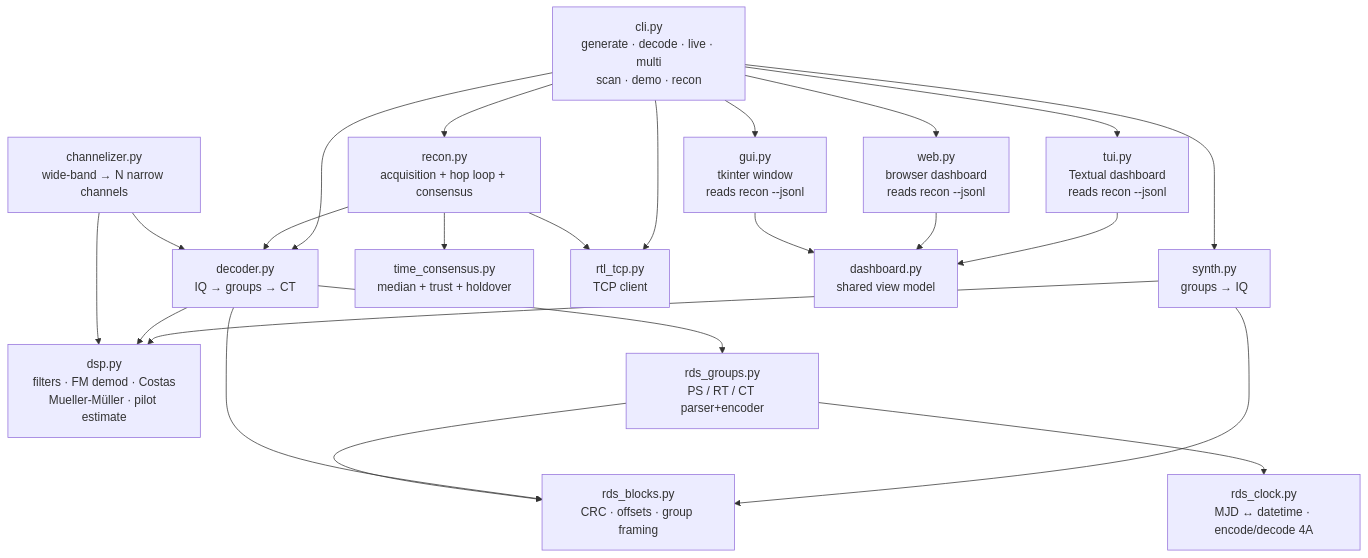
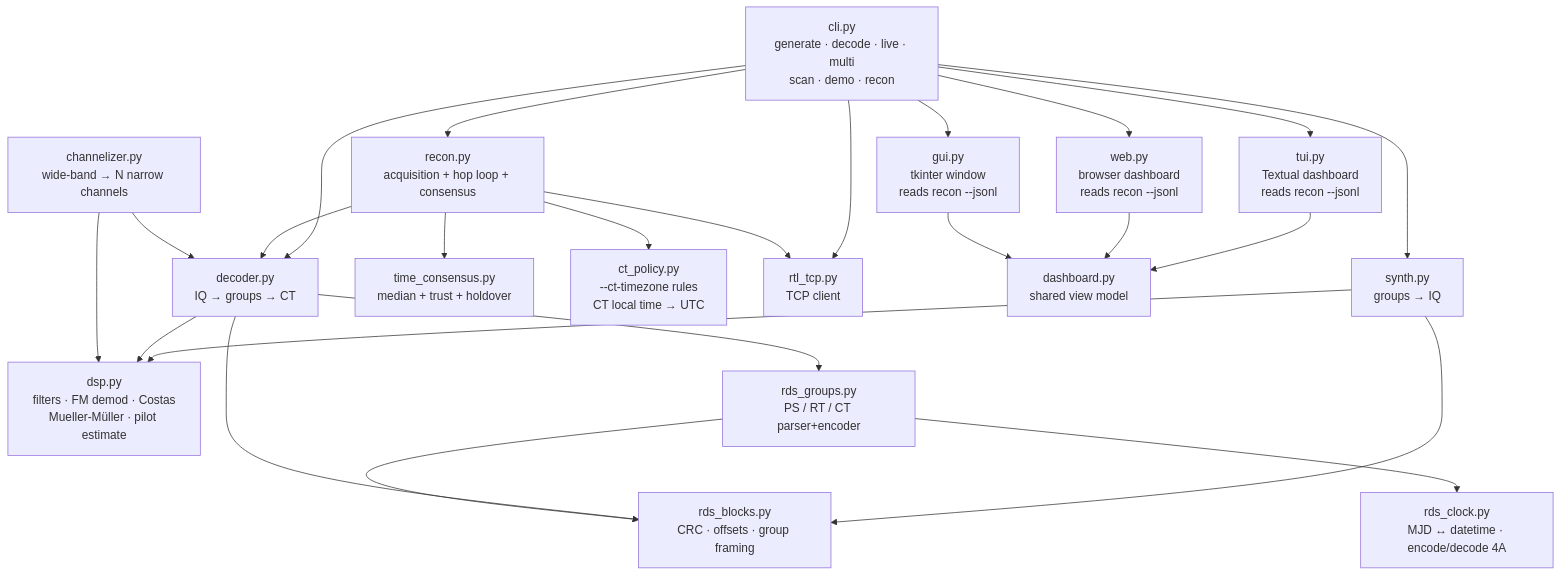
The first of 2 diagrams in docs/ARCHITECTURE.md (mateusz-klatt/rdsclock), drawn with Mermaid before and after one commit. The commit also changed other lines of this file and 16 other files, not shown here.

````diff
--- a/docs/ARCHITECTURE.md
+++ b/docs/ARCHITECTURE.md
@@ -9,41 +9,43 @@
 ```mermaid
 flowchart TD
     cli[cli.py<br/>generate · decode · live · multi<br/>scan · demo · recon]
     synth[synth.py<br/>groups → IQ]
     decoder[decoder.py<br/>IQ → groups → CT]
     recon[recon.py<br/>acquisition + hop loop + consensus]
     dsp[dsp.py<br/>filters · FM demod · Costas<br/>Mueller-Müller · pilot estimate]
     channelizer[channelizer.py<br/>wide-band → N narrow channels]
     consensus[time_consensus.py<br/>median + trust + holdover]
+    ct_policy[ct_policy.py<br/>--ct-timezone rules<br/>CT local time → UTC]
     rds_blocks[rds_blocks.py<br/>CRC · offsets · group framing]
     rds_clock[rds_clock.py<br/>MJD ↔ datetime · encode/decode 4A]
     rds_groups[rds_groups.py<br/>PS / RT / CT parser+encoder]
     rtl_tcp[rtl_tcp.py<br/>TCP client]
     tui[tui.py<br/>Textual dashboard<br/>reads recon --jsonl]
     web[web.py<br/>browser dashboard<br/>reads recon --jsonl]
     dashboard[dashboard.py<br/>shared view model]
     gui[gui.py<br/>tkinter window<br/>reads recon --jsonl]
 
     cli --> tui
     cli --> web
     tui --> dashboard
     web --> dashboard
     cli --> gui
     gui --> dashboard
     cli --> synth
     cli --> decoder
     cli --> recon
     cli --> rtl_tcp
     synth --> dsp
     synth --> rds_blocks
     decoder --> dsp
     decoder --> rds_blocks
     decoder --> rds_groups
     recon --> decoder
     recon --> rtl_tcp
     recon --> consensus
+    recon --> ct_policy
     channelizer --> dsp
     channelizer --> decoder
     rds_groups --> rds_clock
     rds_groups --> rds_blocks
 ```
````
